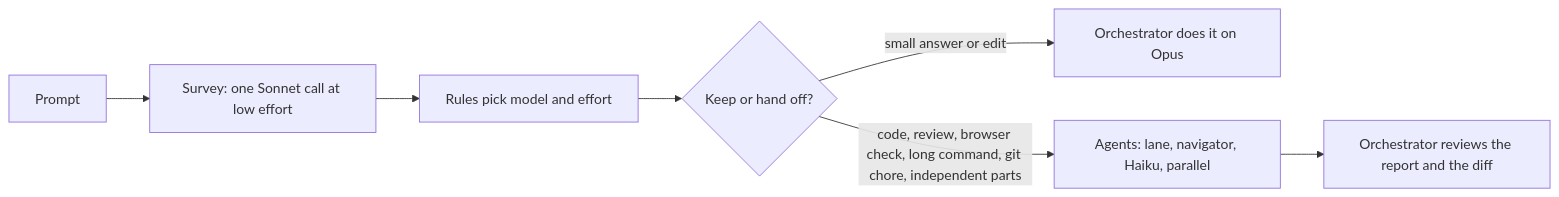
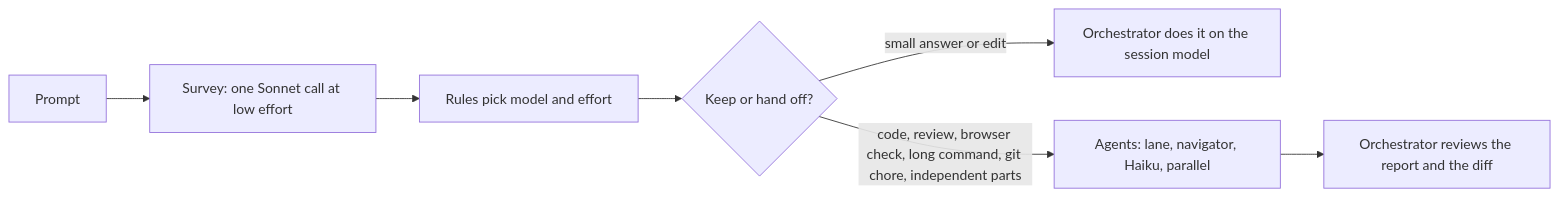
One commit to gnuh/gearbox changed the diagram in README.md. Above: the diagram before and after it, drawn with Mermaid. The commit also changed other lines of this file and 10 other files, not shown here.

First line of the commit message:
gearbox 0.30.0: the orchestrator runs on the session's model, so picking Fable with /model is all it takes

````diff
--- a/README.md
+++ b/README.md
@@ -76,9 +75,9 @@
 ```mermaid
 flowchart LR
   A["Prompt"] --> B["Survey: one Sonnet call at low effort"]
   B --> C["Rules pick model and effort"]
   C --> D{"Keep or hand off?"}
-  D -->|"small answer or edit"| E["Orchestrator does it on Opus"]
+  D -->|"small answer or edit"| E["Orchestrator does it on the session model"]
   D -->|"code, review, browser check, long command, git chore, independent parts"| F["Agents: lane, navigator, Haiku, parallel"]
   F --> G["Orchestrator reviews the report and the diff"]
 ```
````
